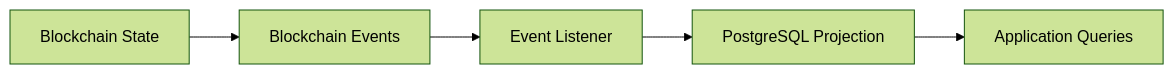
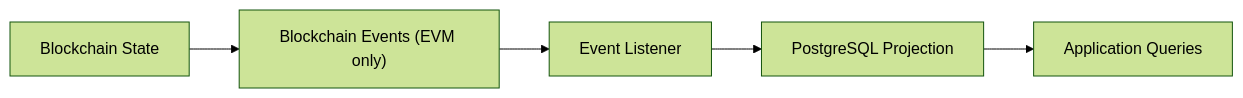
Before and after one commit to wahid-nwr/blockchain-transaction-simulator: the sixth of 7 diagrams in docs/blockchain-integration.md, drawn with Mermaid (forest theme). The commit also changed other lines of this file and 6 other files, not shown here.

````diff
--- a/docs/blockchain-integration.md
+++ b/docs/blockchain-integration.md
@@ -609,13 +862,13 @@
 ```mermaid
 flowchart LR
     Chain["Blockchain State"]
-    Events["Blockchain Events"]
+    Events["Blockchain Events (EVM only)"]
     Listener["Event Listener"]
     Projection["PostgreSQL Projection"]
     Queries["Application Queries"]
 
     Chain --> Events
     Events --> Listener
     Listener --> Projection
     Projection --> Queries
 ```
````
